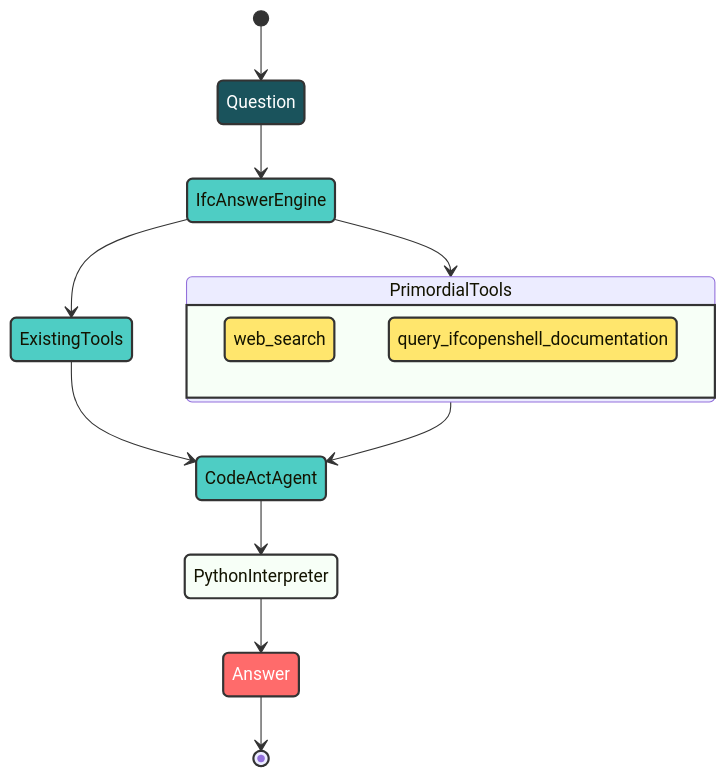
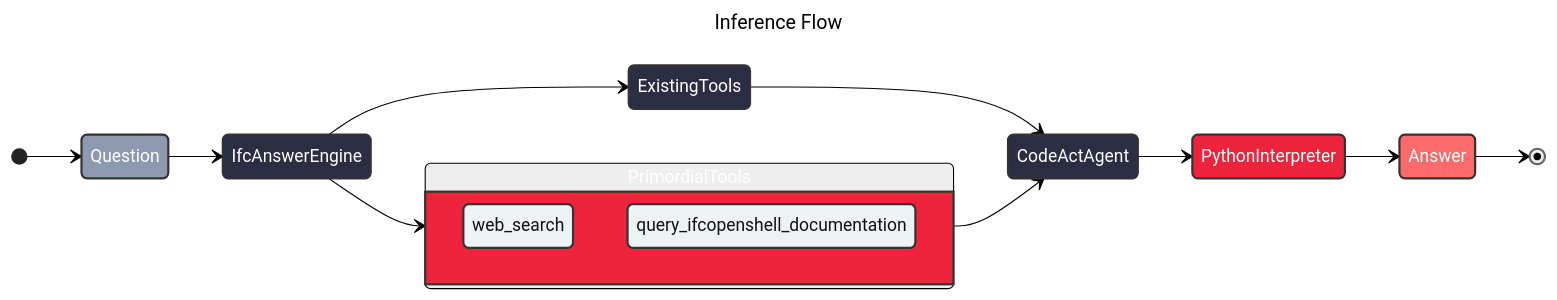
The third of 3 diagrams in README.md (sylvainHellin/cobbie), drawn with Mermaid before and after one commit. The commit also changed other lines of this file and 4 other files, not shown here.

````diff
--- a/README.md
+++ b/README.md
@@ -187,29 +201,36 @@
 ```mermaid
+---
+title: Inference Flow
+config:
+  theme: neutral
+---
+
 stateDiagram-v2
-    classDef input fill:#1a535c,stroke:#333,stroke-width:2px,color:#fff
-    classDef module fill:#4ecdc4,stroke:#333,stroke-width:2px
-    classDef condition fill:#f7fff7,stroke:#333,stroke-width:2px
+    direction LR
+    classDef input fill:#8d99ae,stroke:#333,stroke-width:2px,color:#fff
+    classDef module fill:#2b2d42,stroke:#333,stroke-width:2px,color:#fff
+    classDef condition fill:#ef233c,stroke:#333,stroke-width:2px,color:#fff
     classDef output fill:#ff6b6b,stroke:#333,stroke-width:2px,color:#fff
-    classDef state fill:#ffe66d,stroke:#333,stroke-width:2px
+    classDef state fill:#edf2f4,stroke:#333,stroke-width:2px
 
     [*] --> Question
     Question --> IfcAnswerEngine
     IfcAnswerEngine --> ExistingTools
     IfcAnswerEngine --> PrimordialTools
     ExistingTools --> CodeActAgent
     PrimordialTools --> CodeActAgent
     CodeActAgent --> PythonInterpreter
     PythonInterpreter --> Answer
     Answer --> [*]
 
     state PrimordialTools {
         state "web_search" as WS
         state "query_ifcopenshell_documentation" as QID
     }
 
     class Question input
     class IfcAnswerEngine,CodeActAgent,ExistingTools module
     class PrimordialTools,PythonInterpreter condition
     class Answer output
     class WS,QID state
 ```
````
